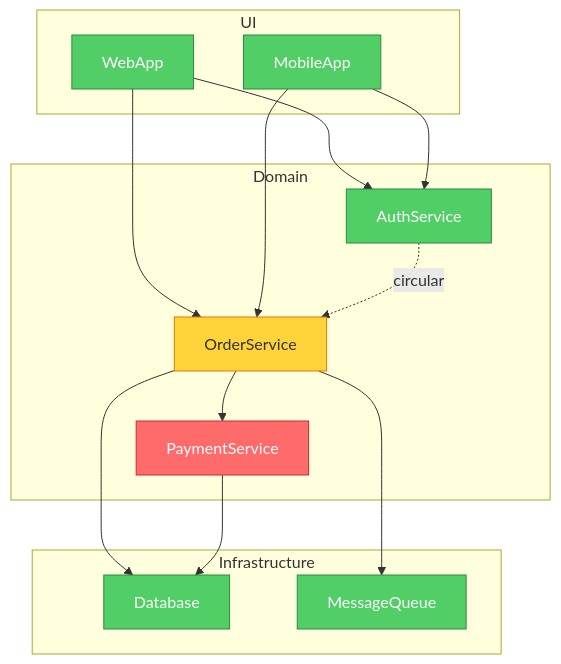
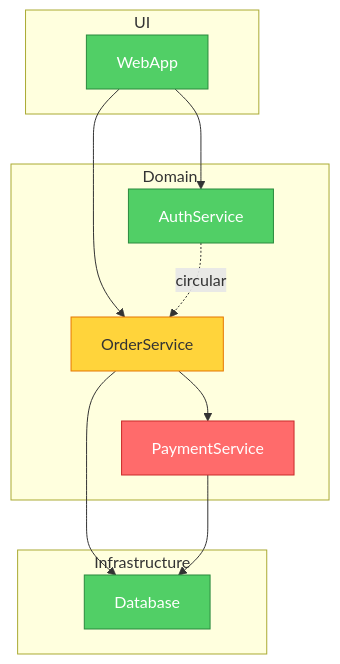
The diagram in codex-skills/00_全局大管家/01_代码工程与架构/brooks-lint/skills/brooks-audit/architecture-guide.md (Zhan-ZhangZ/codexprojec), drawn with Mermaid before and after one commit. The commit also changed other lines of this file and 106 other files, not shown here.

`````diff
--- a/codex-skills/00_全局大管家/01_代码工程与架构/brooks-lint/skills/brooks-audit/architecture-guide.md
+++ b/codex-skills/00_全局大管家/01_代码工程与架构/brooks-lint/skills/brooks-audit/architecture-guide.md
@@ -53,36 +53,31 @@
 ````mermaid
 graph TD
   subgraph UI
     WebApp
-    MobileApp
   end
 
   subgraph Domain
     AuthService
     OrderService
     PaymentService
   end
 
   subgraph Infrastructure
     Database
-    MessageQueue
   end
 
   WebApp --> AuthService
   WebApp --> OrderService
-  MobileApp --> AuthService
-  MobileApp --> OrderService
   OrderService --> PaymentService
   OrderService --> Database
-  OrderService --> MessageQueue
   PaymentService --> Database
   AuthService -.->|circular| OrderService
 
   classDef critical fill:#ff6b6b,stroke:#c92a2a,color:#fff
   classDef warning fill:#ffd43b,stroke:#e67700
   classDef clean fill:#51cf66,stroke:#2b8a3e,color:#fff
 
   class PaymentService critical
   class OrderService warning
-  class Database,MessageQueue,AuthService,WebApp,MobileApp clean
+  class Database,AuthService,WebApp clean
 ````
`````
